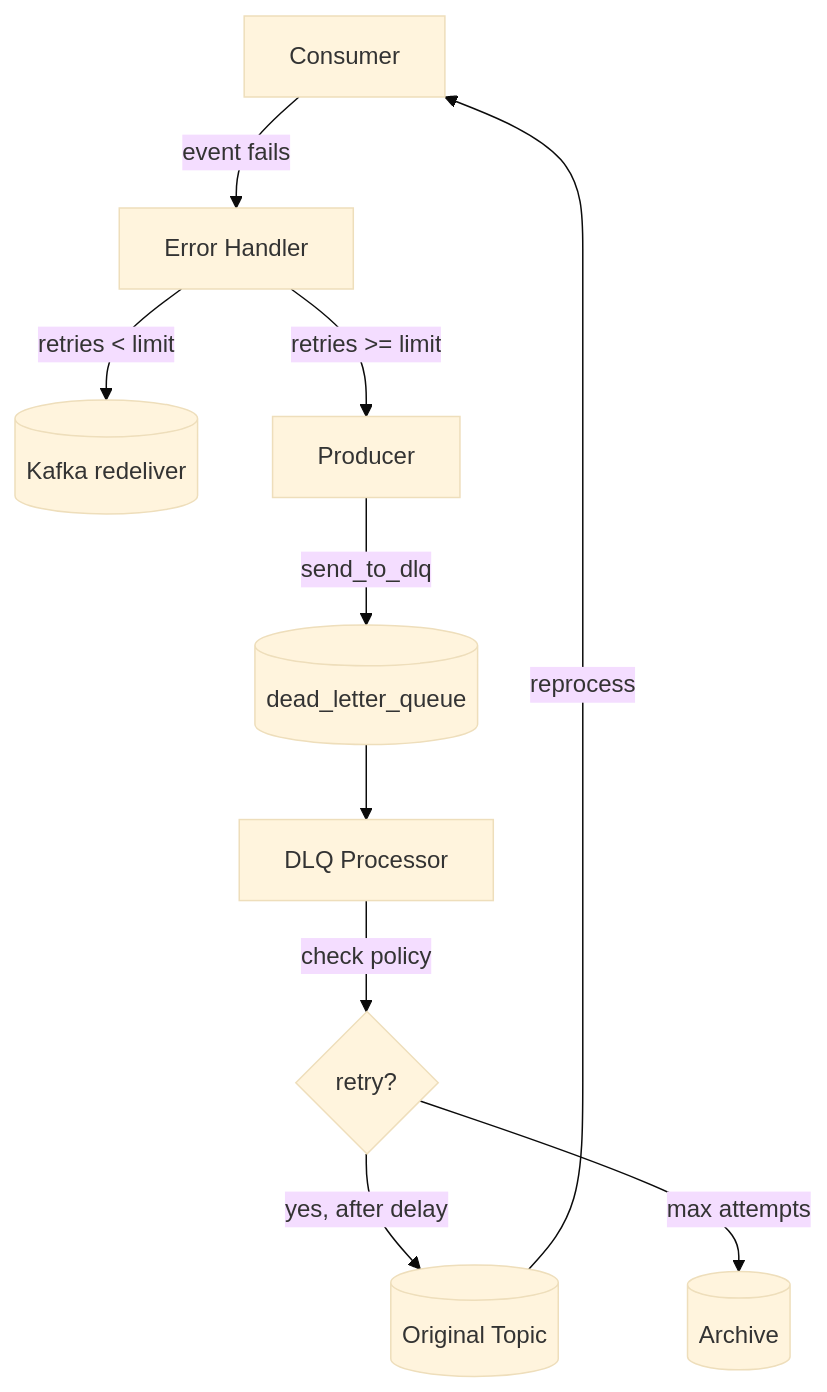
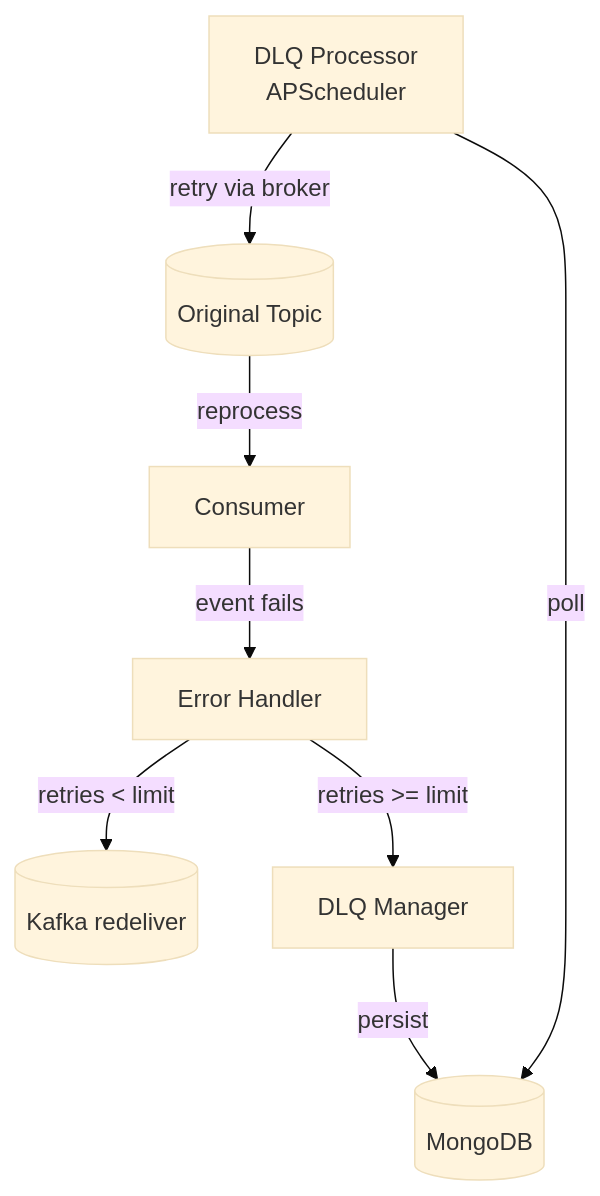
The diagram in docs/components/dead-letter-queue.md (HardMax71/Integr8sCode), drawn with Mermaid (base theme) before and after one commit. The commit also changed other lines of this file and 58 other files, not shown here.

````diff
--- a/docs/components/dead-letter-queue.md
+++ b/docs/components/dead-letter-queue.md
@@ -55,12 +34,10 @@
 ```mermaid
 graph TD
     Consumer[Consumer] -->|event fails| Handler[Error Handler]
     Handler -->|retries < limit| Kafka[(Kafka redeliver)]
-    Handler -->|retries >= limit| Producer[Producer]
-    Producer -->|send_to_dlq| DLQTopic[(dead_letter_queue)]
-    DLQTopic --> Processor[DLQ Processor]
-    Processor -->|check policy| Decision{retry?}
-    Decision -->|yes, after delay| Original[(Original Topic)]
-    Decision -->|max attempts| Archive[(Archive)]
+    Handler -->|retries >= limit| DLQManager[DLQ Manager]
+    DLQManager -->|persist| MongoDB[(MongoDB)]
+    Processor[DLQ Processor<br/>APScheduler] -->|poll| MongoDB
+    Processor -->|retry via broker| Original[(Original Topic)]
     Original -->|reprocess| Consumer
 ```
````
